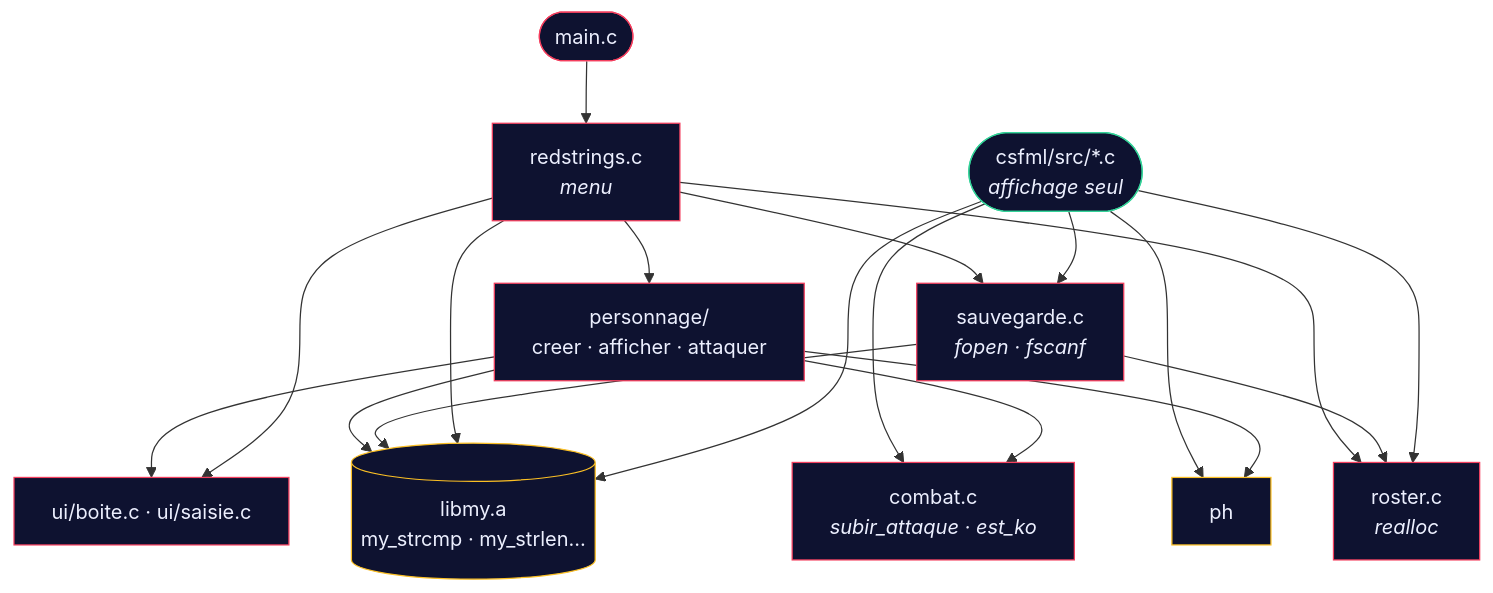
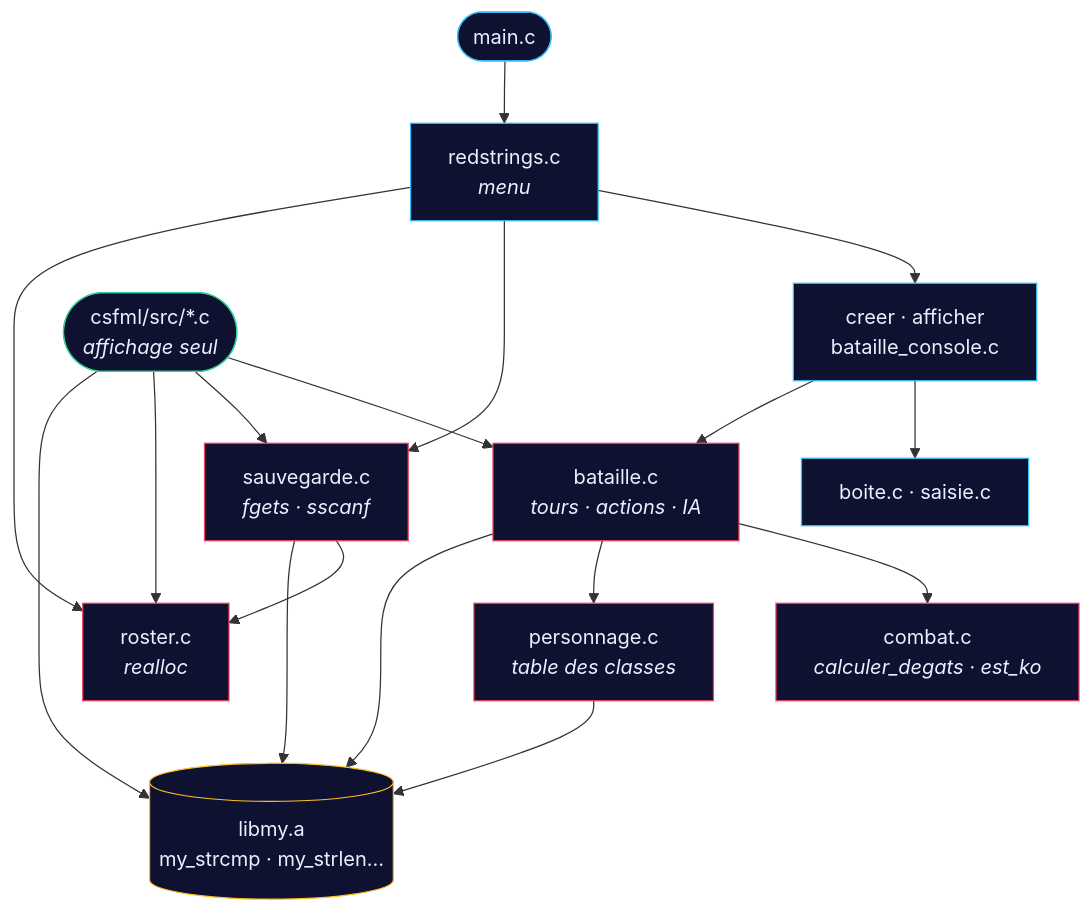
Before and after one commit to Vylllixis/RedStrings: the fifth of 9 diagrams in README.md, drawn with Mermaid. The commit also changed other lines of this file, not shown here.

````diff
--- a/README.md
+++ b/README.md
@@ -491,23 +572,25 @@
 ```mermaid
 flowchart TB
     main([main.c]) --> rs[redstrings.c<br/><i>menu</i>]
-    rs --> perso[personnage/<br/>creer · afficher · attaquer]
-    rs --> roster[roster.c<br/><i>realloc</i>]
-    rs --> save[sauvegarde.c<br/><i>fopen · fscanf</i>]
-    save --> roster
-    perso --> ui[ui/boite.c · ui/saisie.c]
-    rs --> ui
-    perso & save & rs --> libmy[(libmy.a<br/>my_strcmp · my_strlen…)]
-    gui([csfml/src/*.c<br/><i>affichage seul</i>]) --> roster & save & ph
-    gui --> combat[combat.c<br/><i>subir_attaque · est_ko</i>]
-    perso --> combat
-    gui --> libmy
-    perso --> ph
+    rs --> ui[creer · afficher<br/>bataille_console.c]
+    ui --> outils[boite.c · saisie.c]
+    rs --> save[sauvegarde.c<br/><i>fgets · sscanf</i>]
+    ui --> bat[bataille.c<br/><i>tours · actions · IA</i>]
+    gui([csfml/src/*.c<br/><i>affichage seul</i>]) --> bat
+    gui --> save
+    bat --> combat[combat.c<br/><i>calculer_degats · est_ko</i>]
+    bat --> perso[personnage.c<br/><i>table des classes</i>]
+    save --> roster[roster.c<br/><i>realloc</i>]
+    rs --> roster
+    gui --> roster
+    perso & save & bat & gui --> libmy[(libmy.a<br/>my_strcmp · my_strlen…)]
 
-    classDef app fill:#0e1230,stroke:#f43f5e,color:#eceffe
+    classDef app fill:#0e1230,stroke:#38bdf8,color:#eceffe
+    classDef moteur fill:#0e1230,stroke:#f43f5e,color:#eceffe
     classDef lib fill:#0e1230,stroke:#fbbf24,color:#eceffe
     classDef gui fill:#0e1230,stroke:#34d399,color:#eceffe
-    class main,rs,perso,roster,save,ui,combat app
-    class libmy,ph lib
+    class main,rs,ui,outils app
+    class bat,combat,perso,save,roster moteur
+    class libmy lib
     class gui gui
 ```
````
